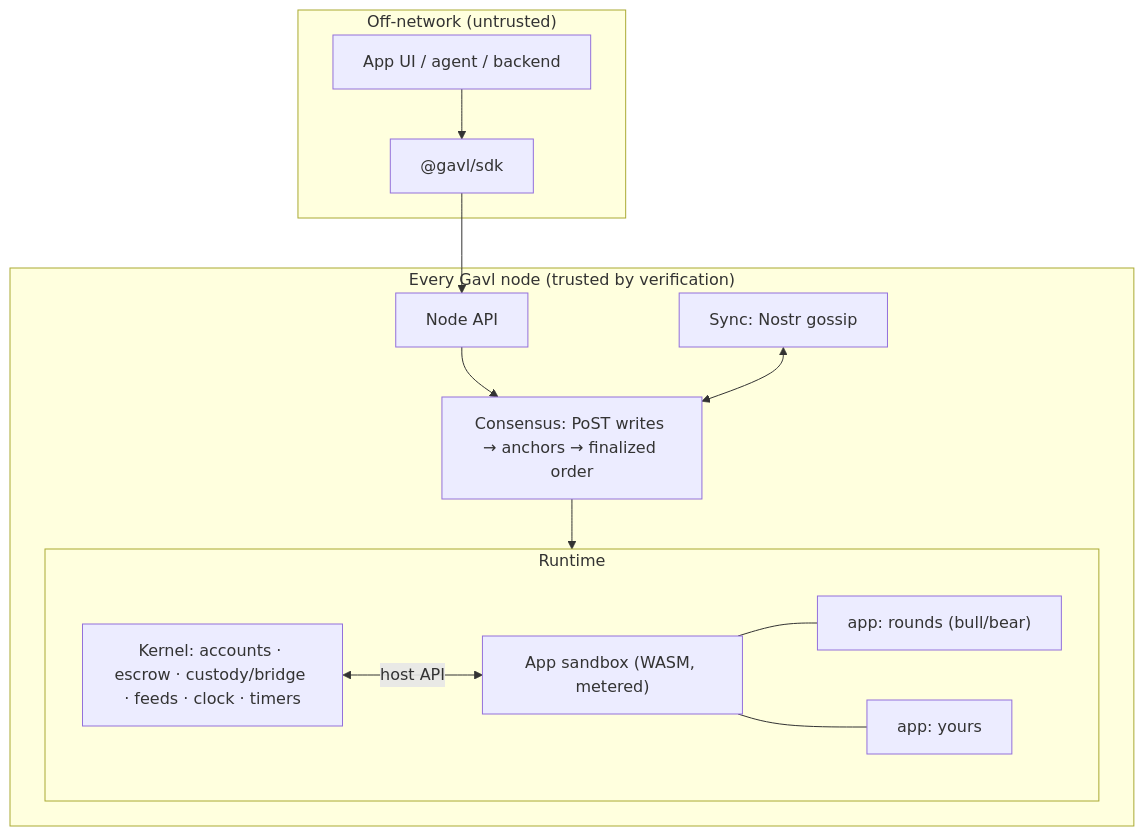
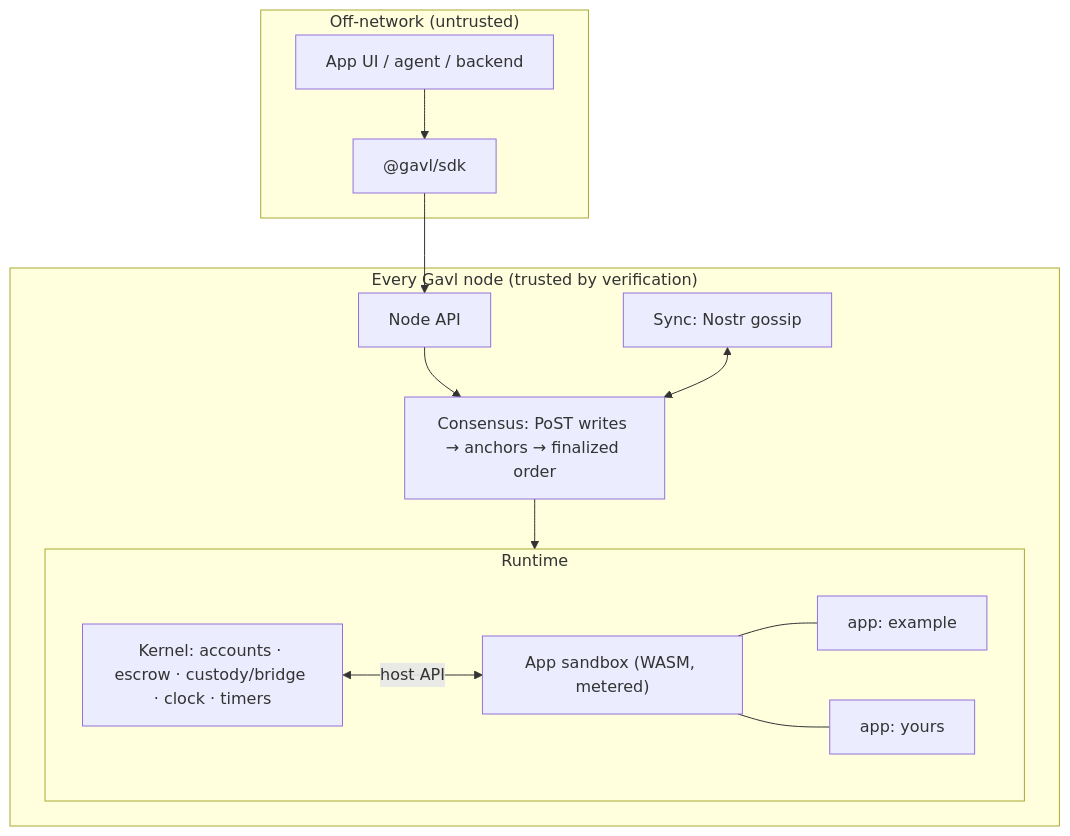
Before and after one commit to Geep5/Gavl: the diagram in docs/runtime.md, drawn with Mermaid. The commit also changed other lines of this file and 56 other files, not shown here.

````diff
--- a/docs/runtime.md
+++ b/docs/runtime.md
@@ -39,26 +38,26 @@
 ```mermaid
 flowchart TB
   subgraph Clients["Off-network (untrusted)"]
     UI["App UI / agent / backend"]
     SDK["@gavl/sdk"]
     UI --> SDK
   end
   subgraph Node["Every Gavl node (trusted by verification)"]
     API["Node API"]
     subgraph Runtime
-      K["Kernel: accounts · escrow · custody/bridge · feeds · clock · timers"]
+      K["Kernel: accounts · escrow · custody/bridge · clock · timers"]
       VM["App sandbox (WASM, metered)"]
-      A1["app: rounds (bull/bear)"]
+      A1["app: example"]
       A2["app: yours"]
       VM --- A1
       VM --- A2
       K <--> |host API| VM
     end
     C["Consensus: PoST writes → anchors → finalized order"]
     S["Sync: Nostr gossip"]
     API --> C
     C --> Runtime
     S <--> C
   end
   SDK --> API
 ```
````
